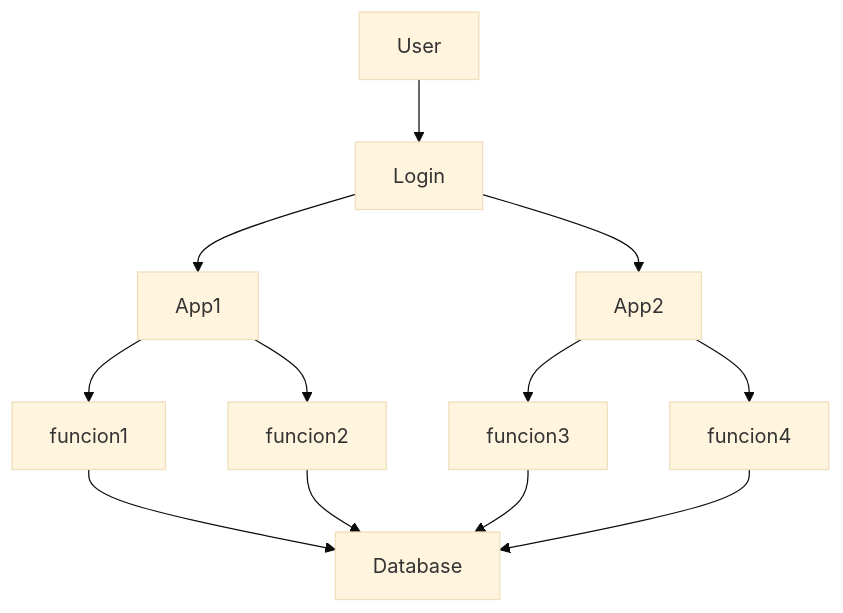
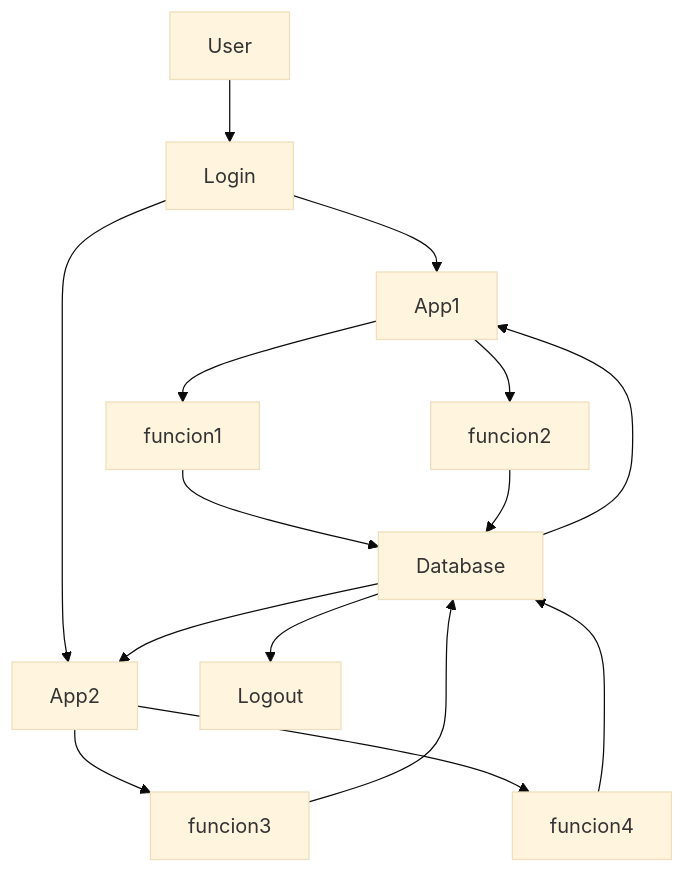
The diagram in README.md (Andres020Mi/CEFAEMPRESA-ERP-DOCUMETATION), drawn with Mermaid (base theme) before and after one commit.

Commit message:
actualizacion en el diagrama sobre el funcionamiento del software a nivel basico

````diff
--- a/README.md
+++ b/README.md
@@ -13,25 +13,30 @@
 ```mermaid
 graph TD;
     User-->Login;
     Login-->App1;
     Login-->App2;
     
     App1-->funcion1
     App1-->funcion2
 
 
     
     App2-->funcion3
     App2-->funcion4
 
 
     funcion1-->Database
     funcion2-->Database
 
     
     funcion3-->Database
     funcion4-->Database
 
-    
+
+    Database-->App1
+    Database-->App2
+    Database-->Logout
+
+
 
 ```
````
